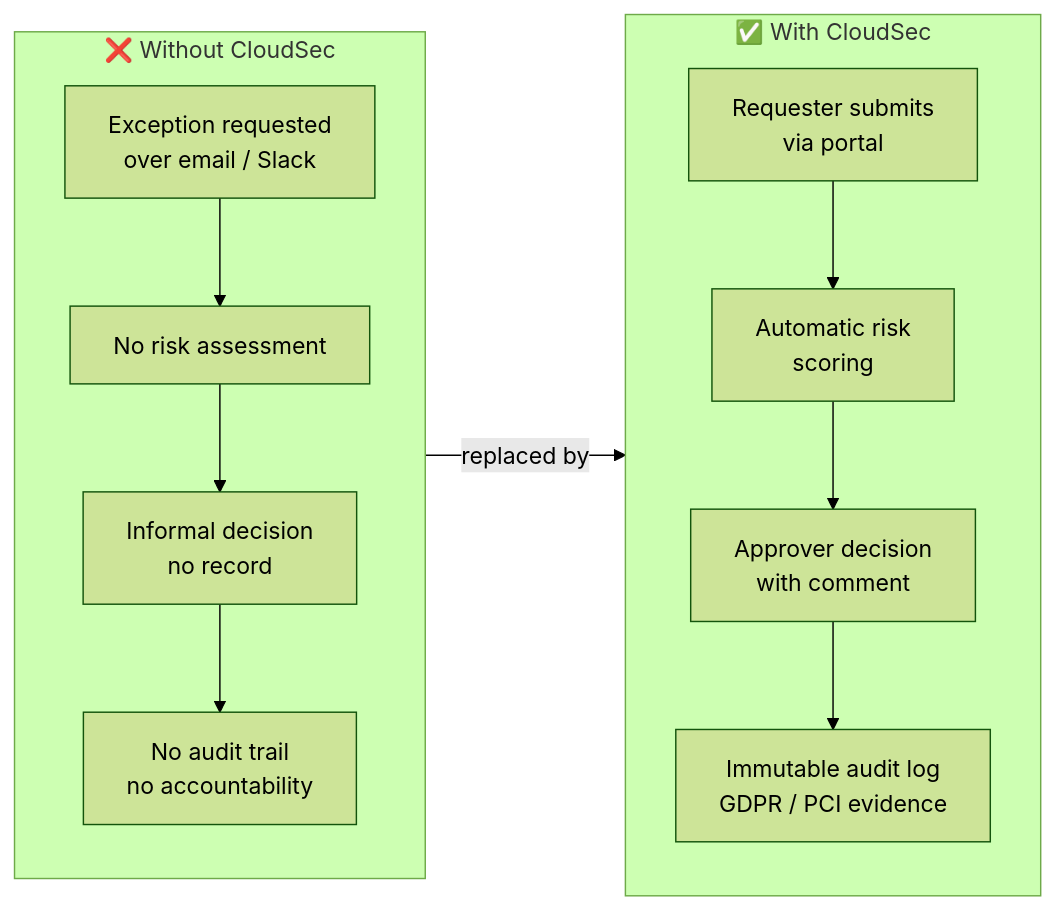
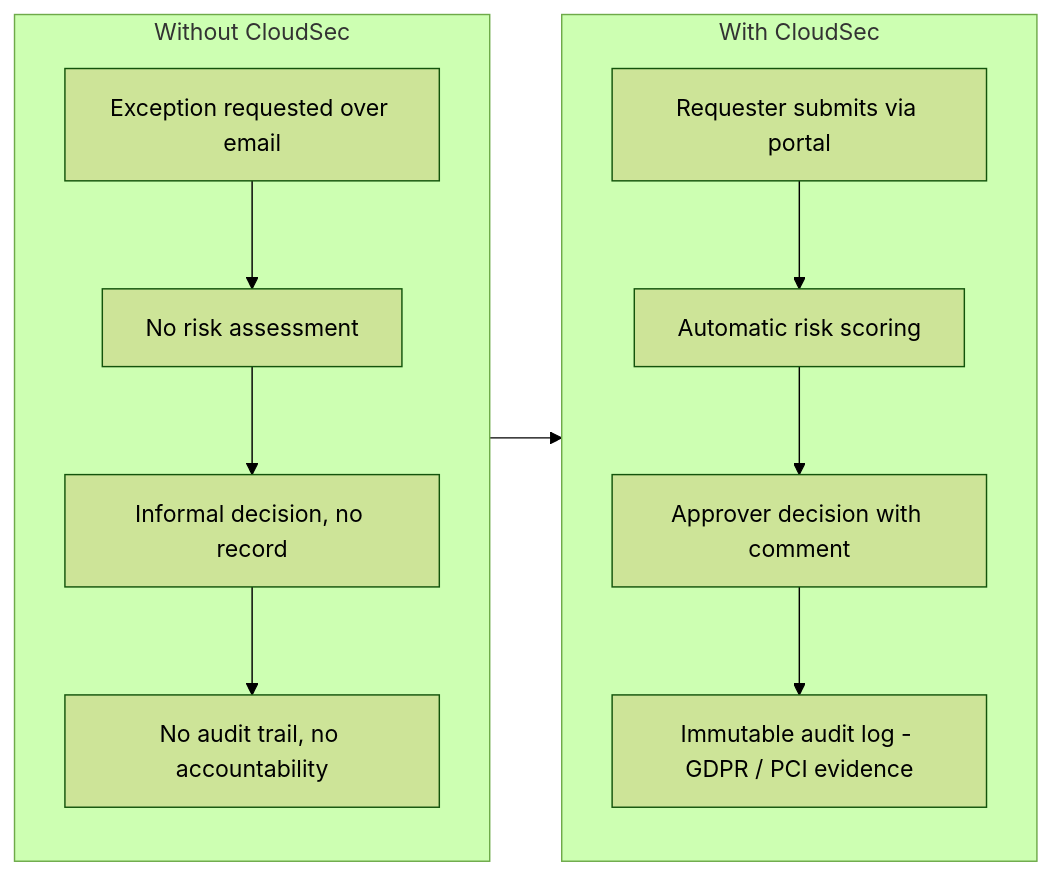
Before and after one commit to Jugcmd/CloudSec: the first of 5 diagrams in docs/presentation-diagrams.md, drawn with Mermaid (forest theme). The commit also changed other lines of this file, not shown here.

Commit message:
fix: remove incompatible Mermaid syntax - emoji, arrows, special chars, quoted subgraphs

````diff
--- a/docs/presentation-diagrams.md
+++ b/docs/presentation-diagrams.md
@@ -11,16 +11,16 @@
 ```mermaid
 flowchart LR
-    subgraph BEFORE ["❌ Without CloudSec"]
-        A[Exception requested\nover email / Slack] --> B[No risk assessment]
-        B --> C[Informal decision\nno record]
-        C --> D[No audit trail\nno accountability]
+    subgraph BEFORE [Without CloudSec]
+        A["Exception requested over email"] --> B["No risk assessment"]
+        B --> C["Informal decision, no record"]
+        C --> D["No audit trail, no accountability"]
     end
 
-    subgraph AFTER ["✅ With CloudSec"]
-        E[Requester submits\nvia portal] --> F[Automatic risk\nscoring]
-        F --> G[Approver decision\nwith comment]
-        G --> H[Immutable audit log\nGDPR / PCI evidence]
+    subgraph AFTER [With CloudSec]
+        E["Requester submits via portal"] --> F["Automatic risk scoring"]
+        F --> G["Approver decision with comment"]
+        G --> H["Immutable audit log - GDPR / PCI evidence"]
     end
 
-    BEFORE -->|replaced by| AFTER
+    BEFORE --> AFTER
 ```
````
